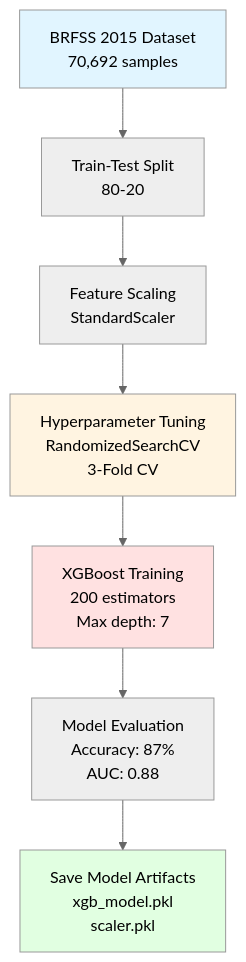
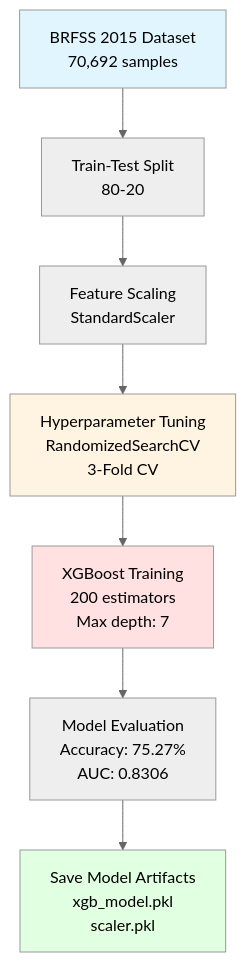
The diagram in Flowcharts/2_Model_Training_Pipeline.md (SAMI-CODEAI/Diabeties), drawn with Mermaid (neutral theme) before and after one commit. The commit also changed other lines of this file and 20 other files, not shown here.

````diff
--- a/Flowcharts/2_Model_Training_Pipeline.md
+++ b/Flowcharts/2_Model_Training_Pipeline.md
@@ -3,19 +3,19 @@
 ```mermaid
 flowchart TD
     A[BRFSS 2015 Dataset<br/>70,692 samples] --> B[Train-Test Split<br/>80-20]
     
     B --> C[Feature Scaling<br/>StandardScaler]
     
     C --> D[Hyperparameter Tuning<br/>RandomizedSearchCV<br/>3-Fold CV]
     
     D --> E[XGBoost Training<br/>200 estimators<br/>Max depth: 7]
     
-    E --> F[Model Evaluation<br/>Accuracy: 87%<br/>AUC: 0.88]
+    E --> F[Model Evaluation<br/>Accuracy: 75.27%<br/>AUC: 0.8306]
     
     F --> G[Save Model Artifacts<br/>xgb_model.pkl<br/>scaler.pkl]
     
     style A fill:#e1f5ff
     style D fill:#fff4e1
     style E fill:#ffe1e1
     style G fill:#e1ffe1
 ```
````
